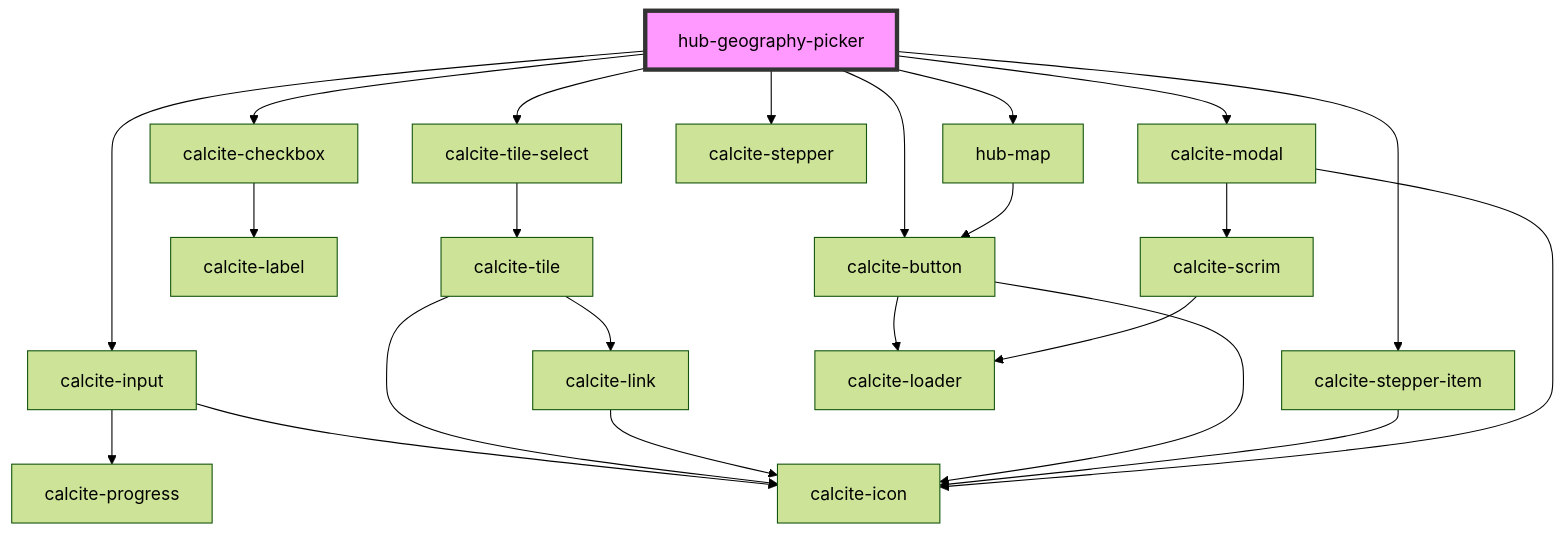
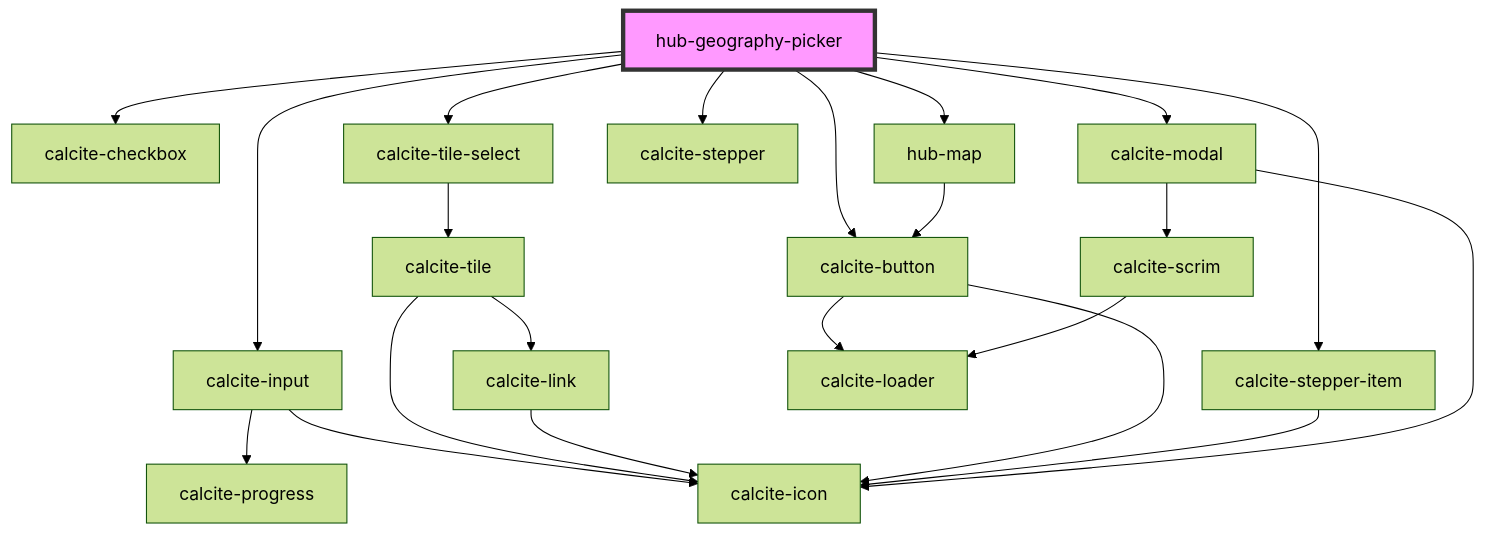
The diagram in src/components/presentation/hub-geography-picker/readme.md (esridc/hub-components-experiments), drawn with Mermaid (forest theme) before and after one commit. The commit also changed 21 other files, not shown here.

````diff
--- a/src/components/presentation/hub-geography-picker/readme.md
+++ b/src/components/presentation/hub-geography-picker/readme.md
@@ -32,26 +32,25 @@
 ```mermaid
 graph TD;
   hub-geography-picker --> calcite-input
   hub-geography-picker --> calcite-checkbox
   hub-geography-picker --> calcite-tile-select
   hub-geography-picker --> hub-map
   hub-geography-picker --> calcite-stepper
   hub-geography-picker --> calcite-stepper-item
   hub-geography-picker --> calcite-modal
   hub-geography-picker --> calcite-button
   calcite-input --> calcite-progress
   calcite-input --> calcite-icon
-  calcite-checkbox --> calcite-label
   calcite-tile-select --> calcite-tile
   calcite-tile --> calcite-icon
   calcite-tile --> calcite-link
   calcite-link --> calcite-icon
   hub-map --> calcite-button
   calcite-button --> calcite-loader
   calcite-button --> calcite-icon
   calcite-stepper-item --> calcite-icon
   calcite-modal --> calcite-scrim
   calcite-modal --> calcite-icon
   calcite-scrim --> calcite-loader
   style hub-geography-picker fill:#f9f,stroke:#333,stroke-width:4px
 ```
````
